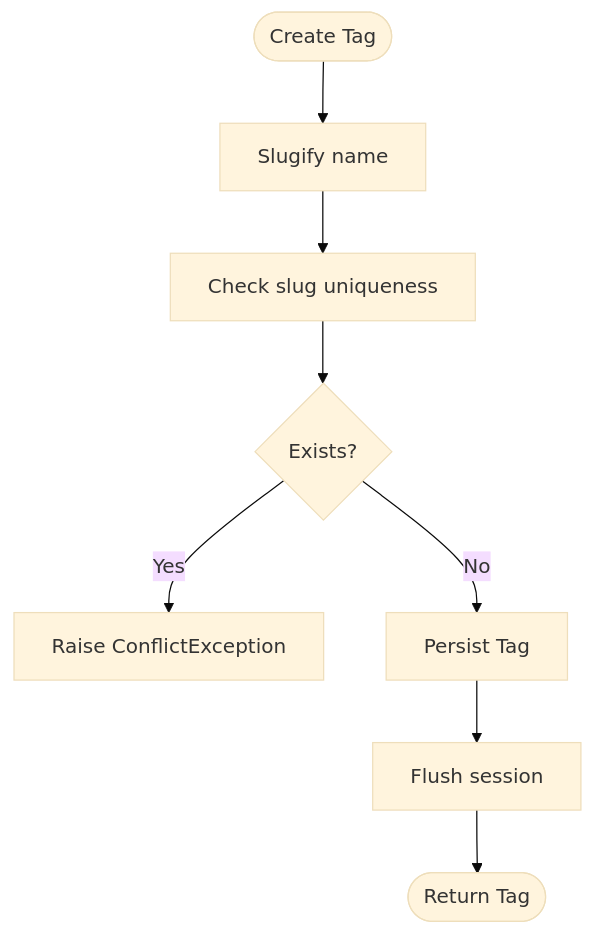
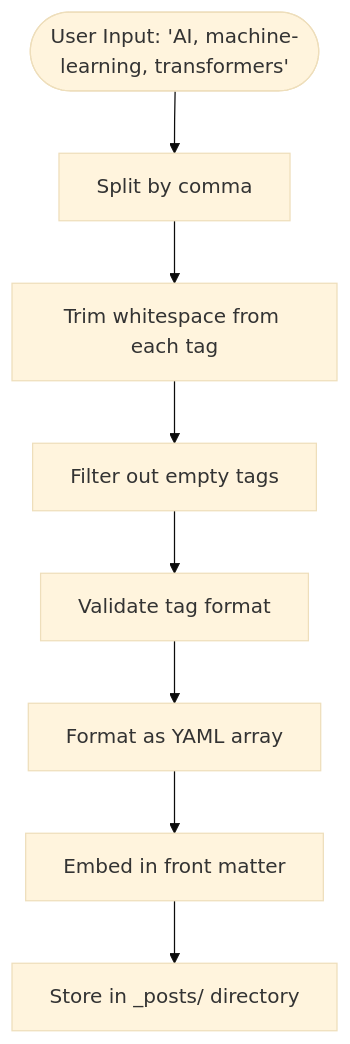
Before and after one commit to PolarisW007/PolaZhenJing: the second of 2 diagrams in .qoder/repowiki/en/content/Backend Application/Tag System.md, drawn with Mermaid (base theme). The commit also changed other lines of this file and 153 other files, not shown here.

````diff
--- a/.qoder/repowiki/en/content/Backend Application/Tag System.md
+++ b/.qoder/repowiki/en/content/Backend Application/Tag System.md
@@ -244,11 +116,10 @@
 ```mermaid
 flowchart TD
-Start(["Create Tag"]) --> Slugify["Slugify name"]
-Slugify --> CheckUnique["Check slug uniqueness"]
-CheckUnique --> Exists{"Exists?"}
-Exists --> |Yes| RaiseConflict["Raise ConflictException"]
-Exists --> |No| Persist["Persist Tag"]
-Persist --> Flush["Flush session"]
-Flush --> Done(["Return Tag"])
-style Done stroke-width:1px
+Start(["User Input: 'AI, machine-learning, transformers'"]) --> Split["Split by comma"]
+Split --> Trim["Trim whitespace from each tag"]
+Trim --> Filter["Filter out empty tags"]
+Filter --> Validate["Validate tag format"]
+Validate --> YAML["Format as YAML array"]
+YAML --> Embed["Embed in front matter"]
+Embed --> Store["Store in _posts/ directory"]
 ```
````
